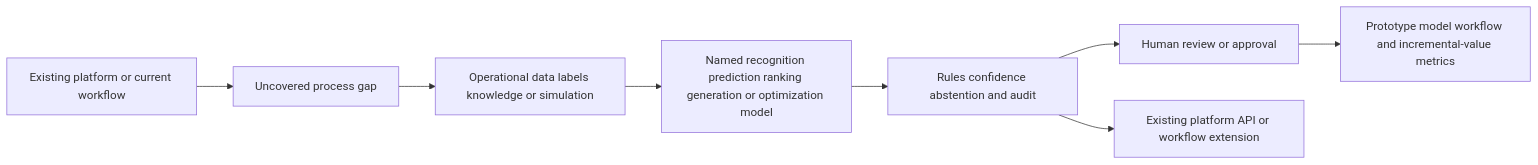
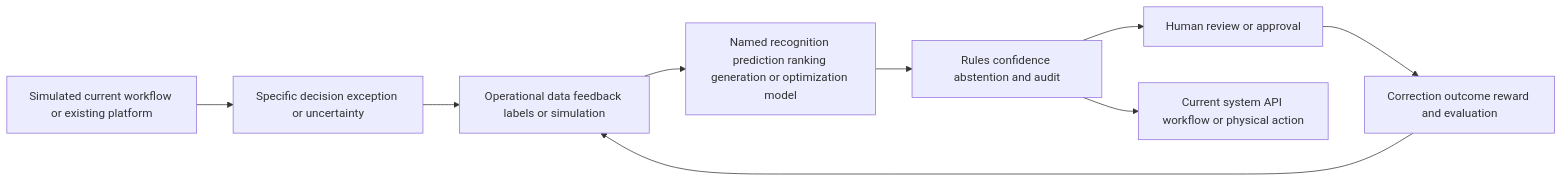
One commit to wildersa/azure_ref_kit changed the second of 2 diagrams in docs/opportunities/opportunity-template.md. Above: the diagram before and after it, drawn with Mermaid. The commit also changed other lines of this file, not shown here.

Commit message:
Add operational simulation to opportunity brief template

````diff
--- a/docs/opportunities/opportunity-template.md
+++ b/docs/opportunities/opportunity-template.md
@@ -187,10 +264,11 @@
 ```mermaid
 flowchart LR
-  Existing[Existing platform or current workflow] --> Gap[Uncovered process gap]
-  Gap --> Data[Operational data labels knowledge or simulation]
+  Workflow[Simulated current workflow or existing platform] --> Gap[Specific decision exception or uncertainty]
+  Gap --> Data[Operational data feedback labels or simulation]
   Data --> Model[Named recognition prediction ranking generation or optimization model]
   Model --> Controls[Rules confidence abstention and audit]
   Controls --> Human[Human review or approval]
-  Controls --> Integration[Existing platform API or workflow extension]
-  Human --> Metrics[Prototype model workflow and incremental-value metrics]
+  Controls --> Integration[Current system API workflow or physical action]
+  Human --> Feedback[Correction outcome reward and evaluation]
+  Feedback --> Data
 ```
````
